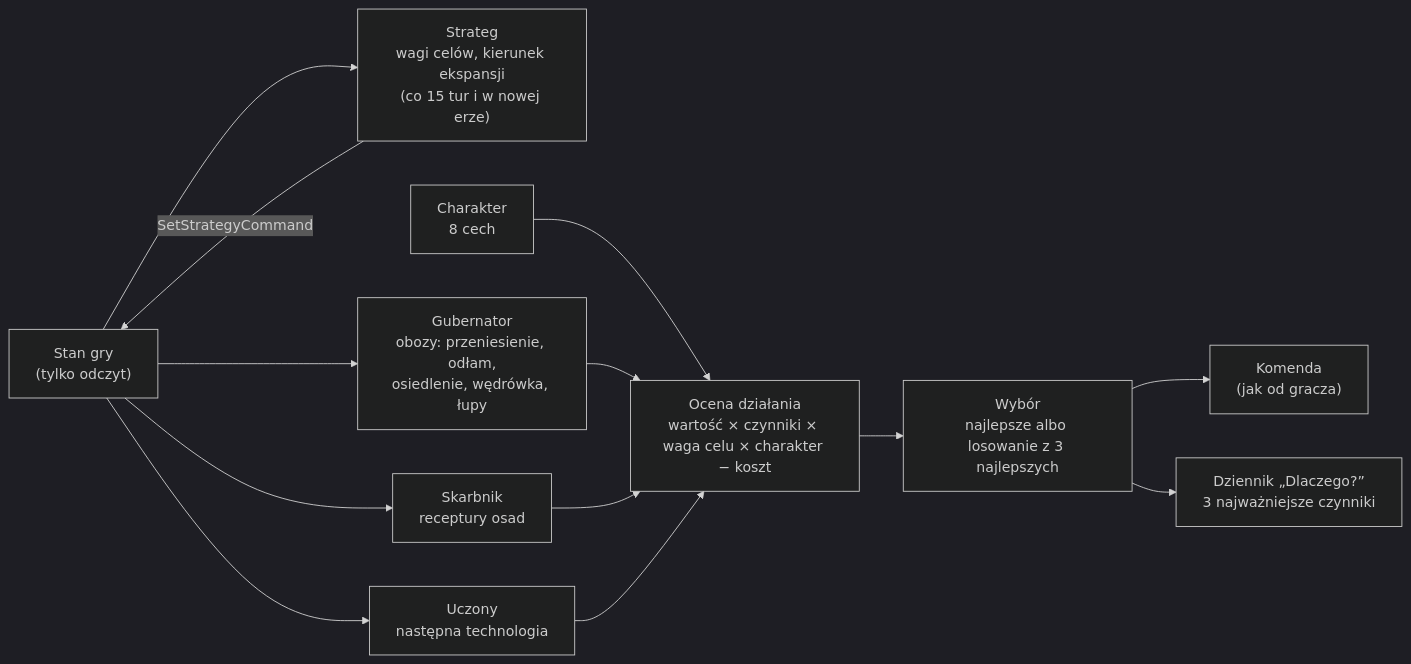
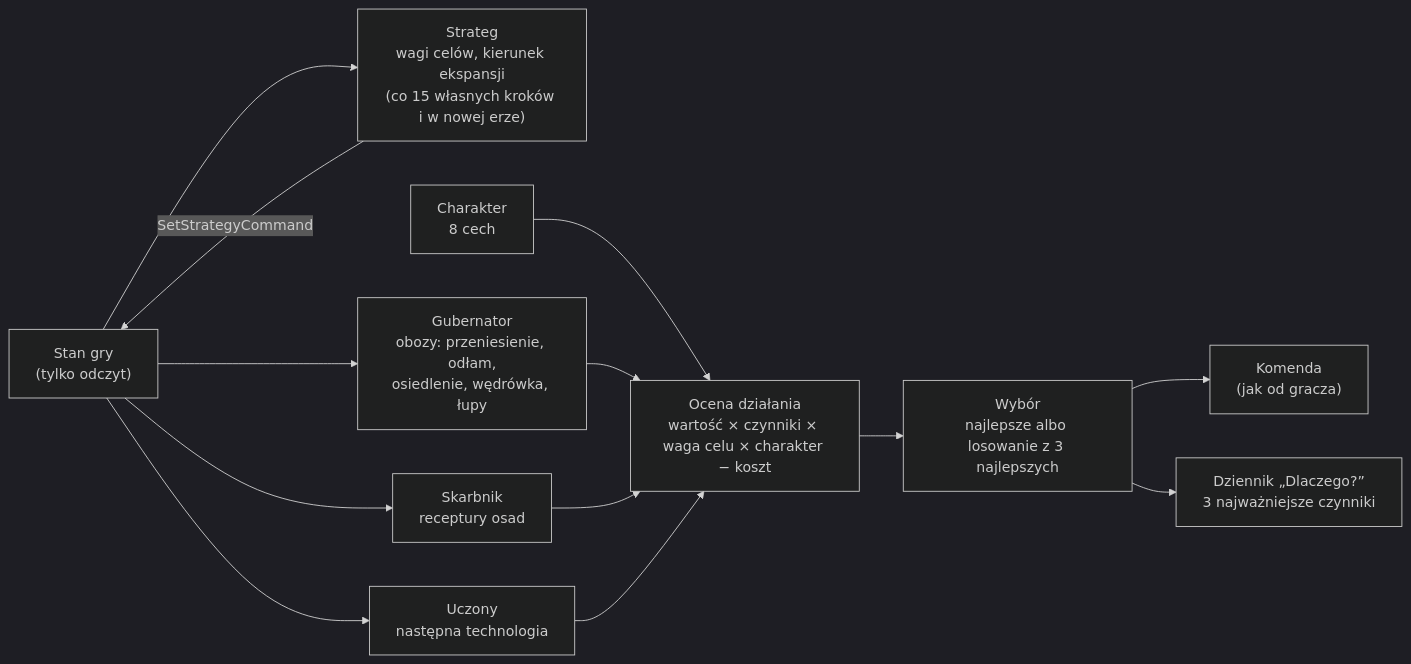
Before and after one commit to CoStellar/CivSim2: the diagram in docs/systems/ai.md, drawn with Mermaid (dark theme). The commit also changed other lines of this file and 27 other files, not shown here.

First line of the commit message:
Document the world clock: ADR 0018, GDD, system and AI docs, charts

````diff
--- a/docs/systems/ai.md
+++ b/docs/systems/ai.md
@@ -16,15 +16,15 @@
 ```mermaid
 flowchart LR
-  S["Stan gry<br/>(tylko odczyt)"] --> ST["Strateg<br/>wagi celów, kierunek ekspansji<br/>(co 15 tur i w nowej erze)"]
+  S["Stan gry<br/>(tylko odczyt)"] --> ST["Strateg<br/>wagi celów, kierunek ekspansji<br/>(co 15 własnych kroków i w nowej erze)"]
   ST -->|SetStrategyCommand| S
   CH["Charakter<br/>8 cech"] --> E
   S --> G["Gubernator<br/>obozy: przeniesienie, odłam,<br/>osiedlenie, wędrówka, łupy"]
   S --> T["Skarbnik<br/>receptury osad"]
   S --> U["Uczony<br/>następna technologia"]
   G --> E["Ocena działania<br/>wartość × czynniki × waga celu × charakter − koszt"]
   T --> E
   U --> E
   E --> C["Wybór<br/>najlepsze albo losowanie z 3 najlepszych"]
   C --> Q["Komenda<br/>(jak od gracza)"]
   C --> L["Dziennik „Dlaczego?”<br/>3 najważniejsze czynniki"]
 ```
````
